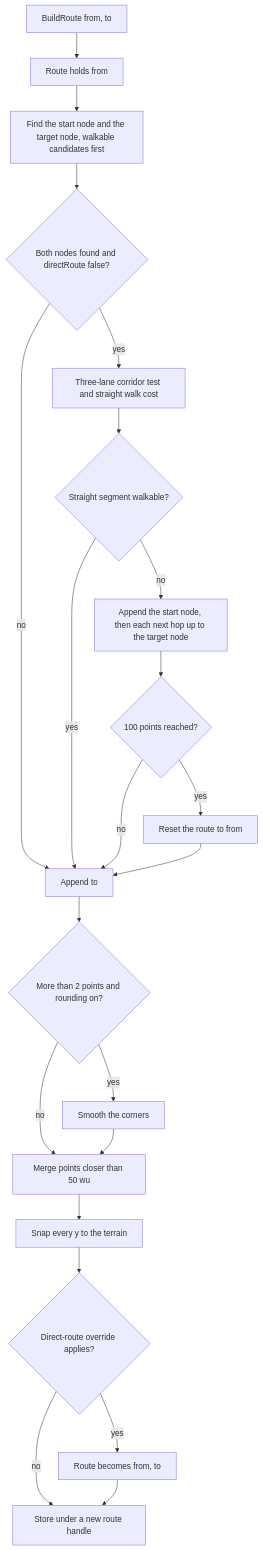
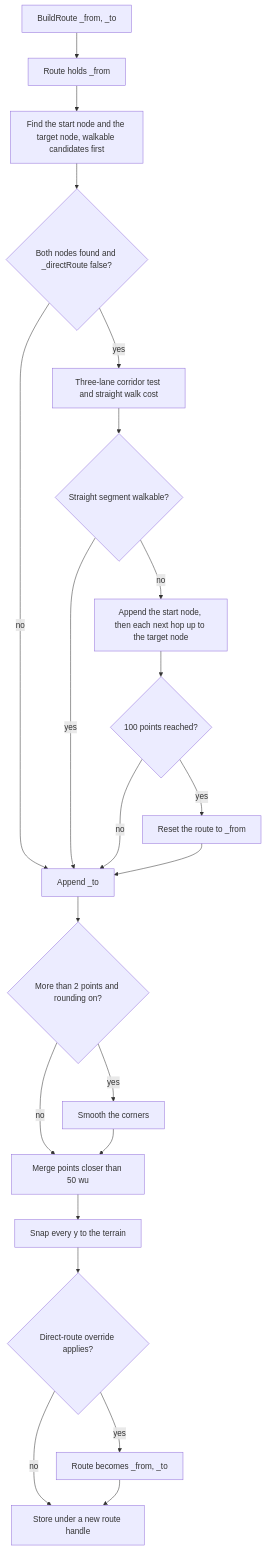
The second of 4 diagrams in design_next/reference/12_simulation_model/05_space_routing_and_physics.md (Zwaliebaba/Species.AI), drawn with Mermaid before and after one commit. The commit also changed other lines of this file and 99 other files, not shown here.

````diff
--- a/design_next/reference/12_simulation_model/05_space_routing_and_physics.md
+++ b/design_next/reference/12_simulation_model/05_space_routing_and_physics.md
@@ -477,24 +479,24 @@
 ```mermaid
 flowchart TD
-    A["BuildRoute from, to"] --> B["Route holds from"]
+    A["BuildRoute _from, _to"] --> B["Route holds _from"]
     B --> C["Find the start node and the target node, walkable candidates first"]
-    C --> D{"Both nodes found and directRoute false?"}
-    D -->|no| G["Append to"]
+    C --> D{"Both nodes found and _directRoute false?"}
+    D -->|no| G["Append _to"]
     D -->|yes| E["Three-lane corridor test and straight walk cost"]
     E --> F{"Straight segment walkable?"}
     F -->|yes| G
     F -->|no| H["Append the start node, then each next hop up to the target node"]
     H --> I{"100 points reached?"}
-    I -->|yes| J["Reset the route to from"]
+    I -->|yes| J["Reset the route to _from"]
     I -->|no| G
     J --> G
     G --> K{"More than 2 points and rounding on?"}
     K -->|yes| L["Smooth the corners"]
     K -->|no| M["Merge points closer than 50 wu"]
     L --> M
     M --> N["Snap every y to the terrain"]
     N --> O{"Direct-route override applies?"}
-    O -->|yes| P["Route becomes from, to"]
+    O -->|yes| P["Route becomes _from, _to"]
     O -->|no| Q["Store under a new route handle"]
     P --> Q
 ```
````
